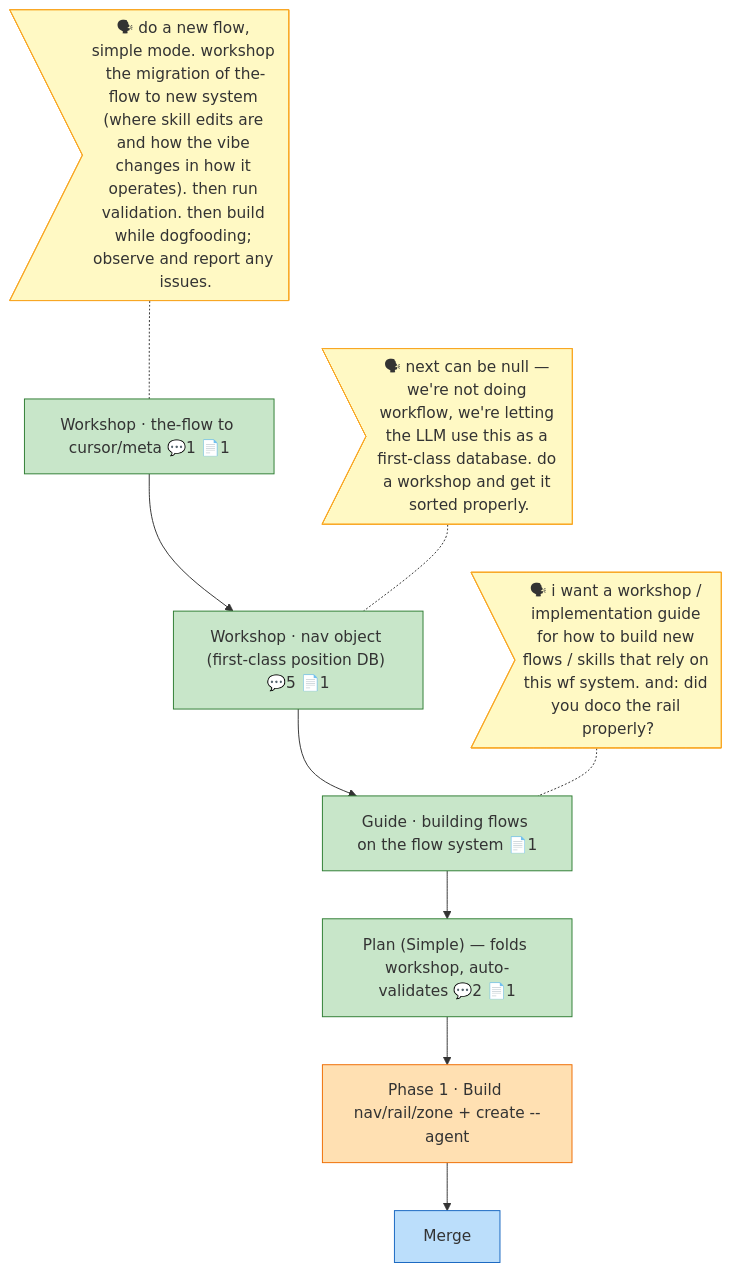
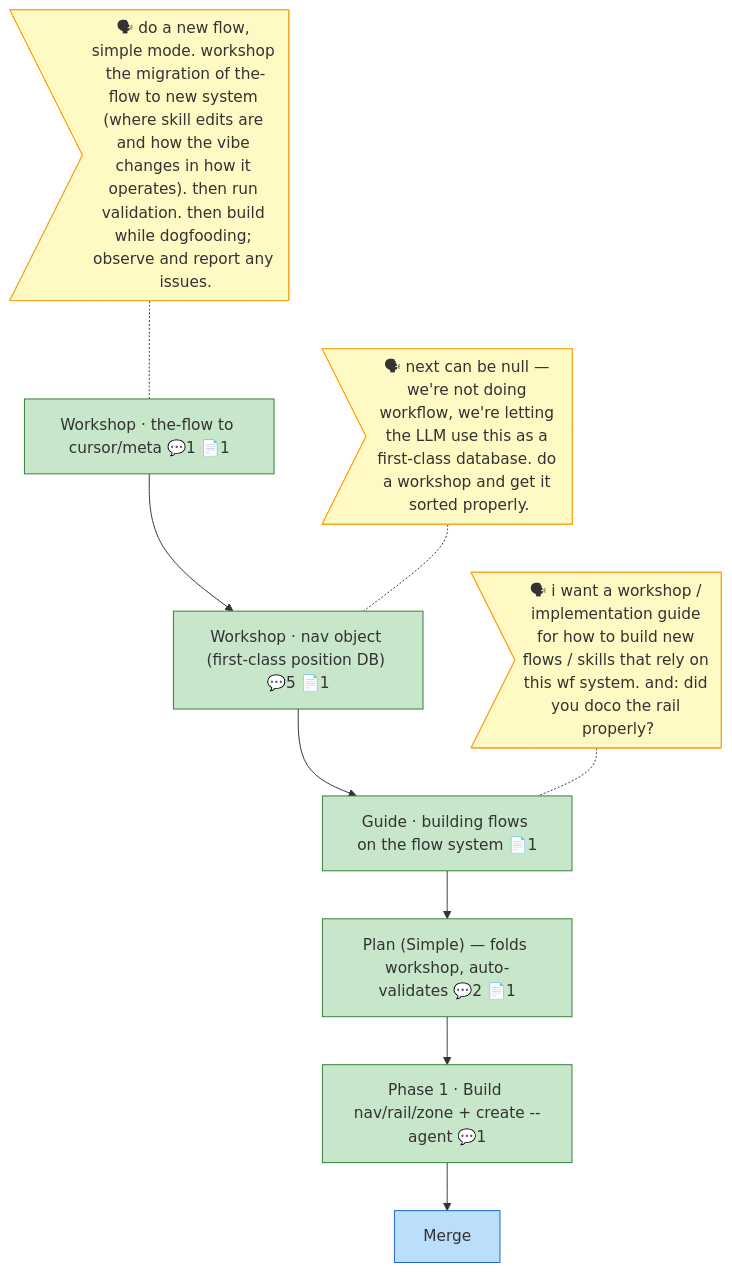
Before and after one commit to AI-Substrate/harness-engineering: the diagram in docs/plans/026-the-flow-cursor-meta-migration/the-flow.md, drawn with Mermaid. The commit also changed other lines of this file and 2 other files, not shown here.

First line of the commit message:
chore(026): flight plan + state — Phase 1 complete, next review

````diff
--- a/docs/plans/026-the-flow-cursor-meta-migration/the-flow.md
+++ b/docs/plans/026-the-flow-cursor-meta-migration/the-flow.md
@@ -8,34 +8,34 @@
 ```mermaid
 flowchart TD
     merge["Merge"]:::known
-    p1["Phase 1 · Build nav/rail/zone + create --agent"]:::wip
+    p1["Phase 1 · Build nav/rail/zone + create --agent 💬1"]:::done
     plan["Plan (Simple) — folds workshop, auto-validates 💬2 📄1"]:::done
     ws_migration["Workshop · the-flow to cursor/meta 💬1 📄1"]:::done
     ws_nav["Workshop · nav object (first-class position DB) 💬5 📄1"]:::done
     ws_guide["Guide · building flows on the flow system 📄1"]:::done
 
     p1 --> merge
     plan --> p1
     ws_migration --> ws_nav
     ws_nav --> ws_guide
     ws_guide --> plan
 
     say_ws_migration>"🗣 do a new flow, simple mode. workshop the migration of the-flow to new system (where skill edits are and how the vibe changes in how it operates). then run validation. then build while dogfooding; observe and report any issues."]:::said
     say_ws_migration -.- ws_migration
     say_ws_nav>"🗣 next can be null — we're not doing workflow, we're letting the LLM use this as a first-class database. do a workshop and get it sorted properly."]:::said
     say_ws_nav -.- ws_nav
     say_ws_guide>"🗣 i want a workshop / implementation guide for how to build new flows / skills that rely on this wf system. and: did you doco the rail properly?"]:::said
     say_ws_guide -.- ws_guide
 
     classDef done fill:#C8E6C9,stroke:#2E7D32;
     classDef wip fill:#FFE0B2,stroke:#EF6C00;
     classDef blocked fill:#FFCDD2,stroke:#C62828;
     classDef known fill:#BBDEFB,stroke:#1565C0;
     classDef assumed fill:#ECEFF1,stroke:#90A4AE,stroke-dasharray:5 3;
     classDef said fill:#FFF9C4,stroke:#F9A825;
     classDef harness fill:#EDE7F6,stroke:#673AB7;
     classDef decision fill:#FFF3E0,stroke:#FB8C00,stroke-dasharray:2 2;
     classDef companion fill:#D1C4E9,stroke:#5E35B1;
     classDef worker fill:#B2DFDB,stroke:#00897B;
     classDef unknown fill:#FAFAFA,stroke:#BDBDBD,stroke-dasharray:1 4;
 ```
````
